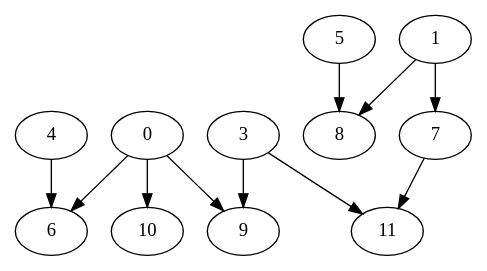
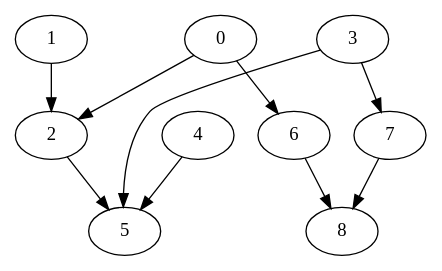
One commit to MrGreyPanda/NEM-MCMC-optimization changed the diagram in DAGs/networks/network0/network0_red.dot. Above: the diagram before and after it, drawn with Graphviz. The commit also changed 177 other files, not shown here.

```diff
--- a/DAGs/networks/network0/network0_red.dot
+++ b/DAGs/networks/network0/network0_red.dot
@@ -1,12 +1,11 @@
 digraph {
-    0 -> 10;
-    5 -> 8;
-    4 -> 6;
-    0 -> 9;
-    1 -> 8;
+    1 -> 2;
+    3 -> 7;
+    6 -> 8;
     0 -> 6;
-    1 -> 7;
-    3 -> 9;
-    7 -> 11;
-    3 -> 11;
+    0 -> 2;
+    4 -> 5;
+    2 -> 5;
+    3 -> 5;
+    7 -> 8;
 }
```
